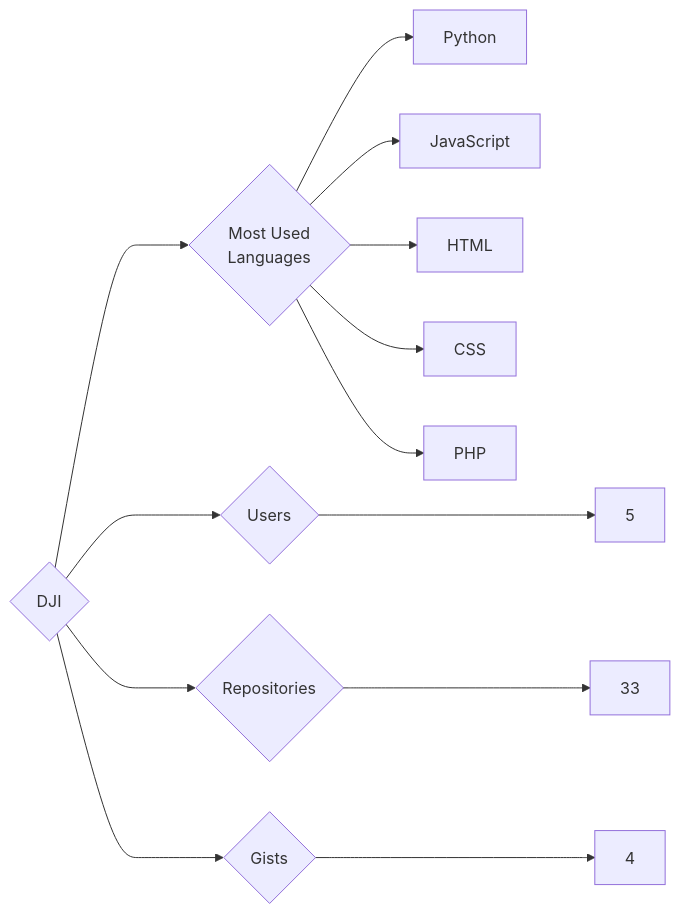
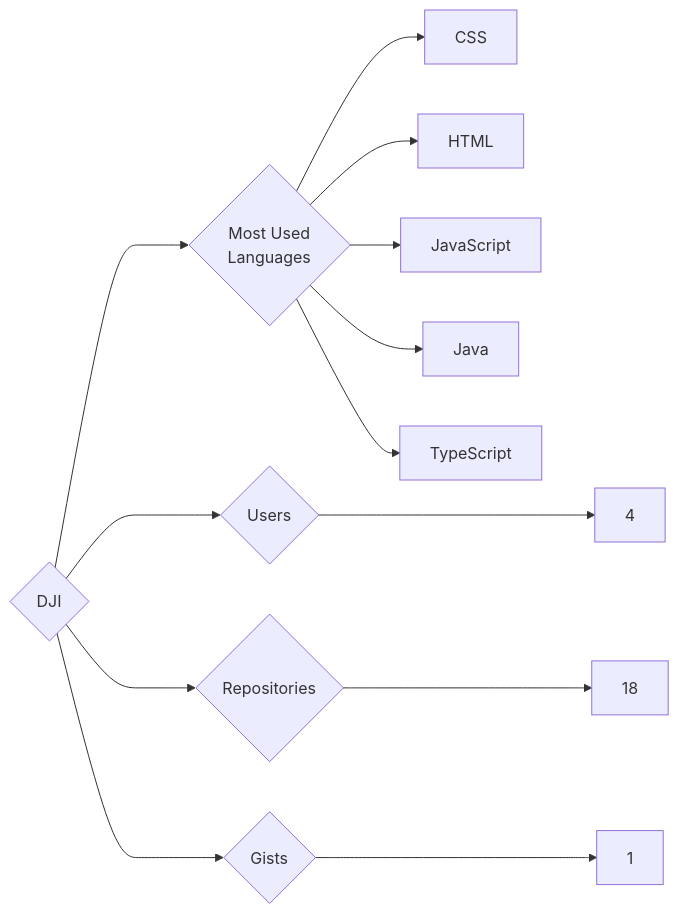
One commit to trickest/insiders changed the diagram in targets/DJI/README.md. Above: the diagram before and after it, drawn with Mermaid. The commit also changed 912 other files, not shown here.

````diff
--- a/targets/DJI/README.md
+++ b/targets/DJI/README.md
@@ -3,13 +3,13 @@
 ```mermaid
 graph LR
 COMPANY_NAME{DJI}
-COMPANY_NAME ---> U{Users} ---> UN[5]
-COMPANY_NAME ---> R{Repositories} ---> RN[33]
-COMPANY_NAME ---> G{Gists} ---> GN[4]
+COMPANY_NAME ---> U{Users} ---> UN[4]
+COMPANY_NAME ---> R{Repositories} ---> RN[18]
+COMPANY_NAME ---> G{Gists} ---> GN[1]
 COMPANY_NAME ---> ML{Most Used<br>Languages}
-ML --> Python[Python]
+ML --> CSS[CSS]
+ML --> HTML[HTML]
 ML --> JavaScript[JavaScript]
-ML --> HTML[HTML]
-ML --> CSS[CSS]
-ML --> PHP[PHP]
+ML --> Java[Java]
+ML --> TypeScript[TypeScript]
 ```
````
